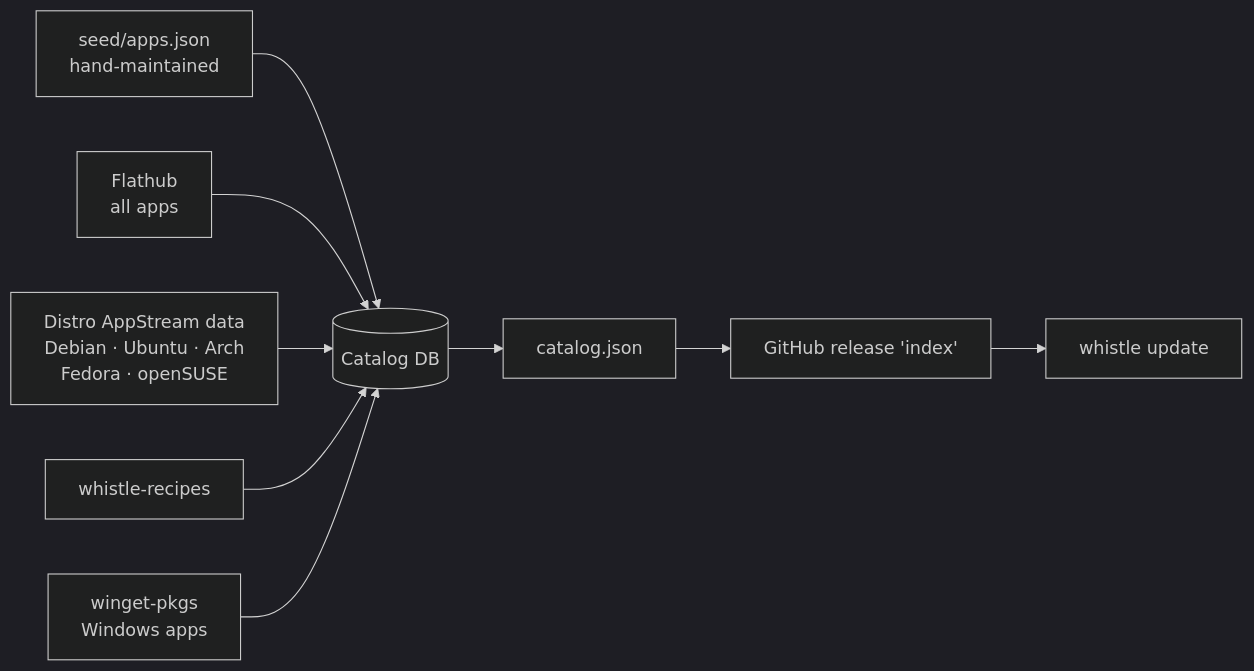
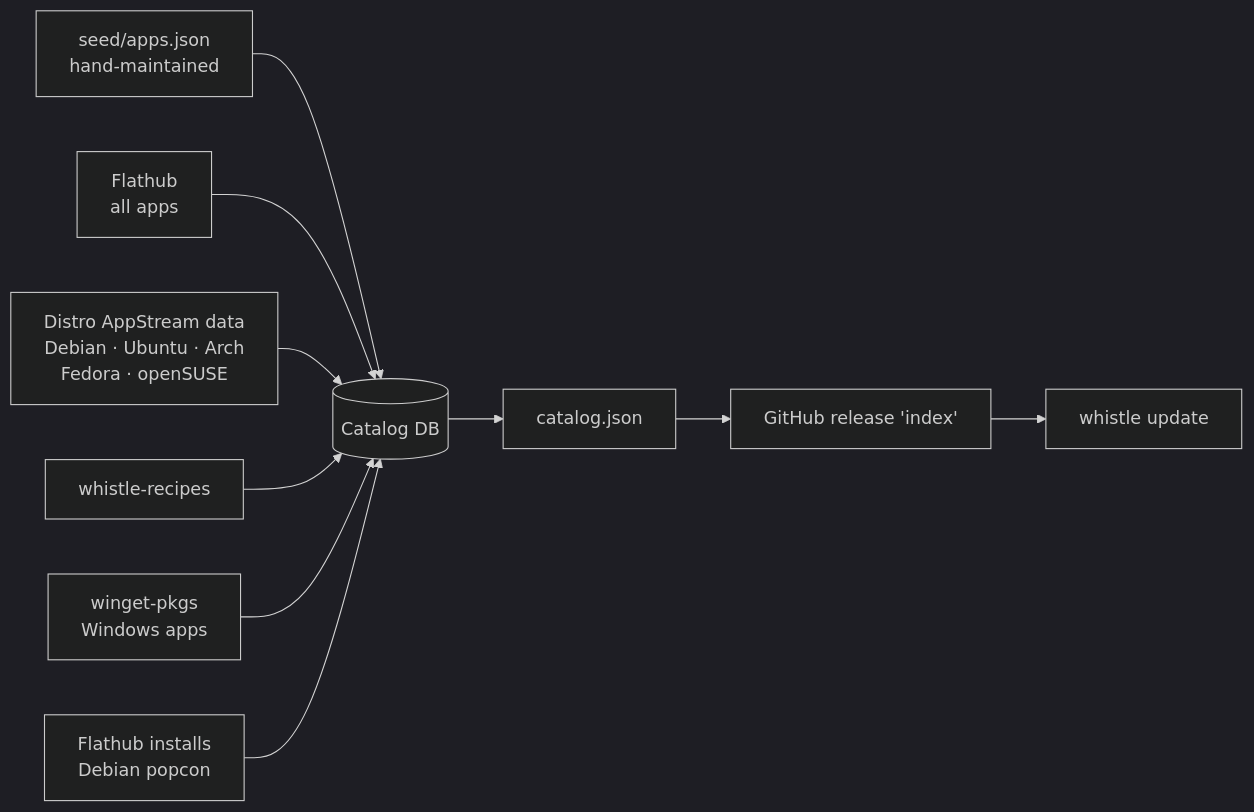
One commit to thisisroot/whistle-server changed the diagram in README.md. Above: the diagram before and after it, drawn with Mermaid (dark theme). The commit also changed other lines of this file and 8 other files, not shown here.

````diff
--- a/README.md
+++ b/README.md
@@ -44,11 +44,12 @@
 ```mermaid
 flowchart LR
     S["seed/apps.json<br/>hand-maintained"] --> DB[("Catalog DB")]
     F["Flathub<br/>all apps"] --> DB
     A["Distro AppStream data<br/>Debian · Ubuntu · Arch<br/>Fedora · openSUSE"] --> DB
     R["whistle-recipes"] --> DB
     W["winget-pkgs<br/>Windows apps"] --> DB
+    P["Flathub installs<br/>Debian popcon"] --> DB
     DB --> I["catalog.json"]
     I --> G["GitHub release 'index'"]
     G --> C["whistle update"]
 ```
````
